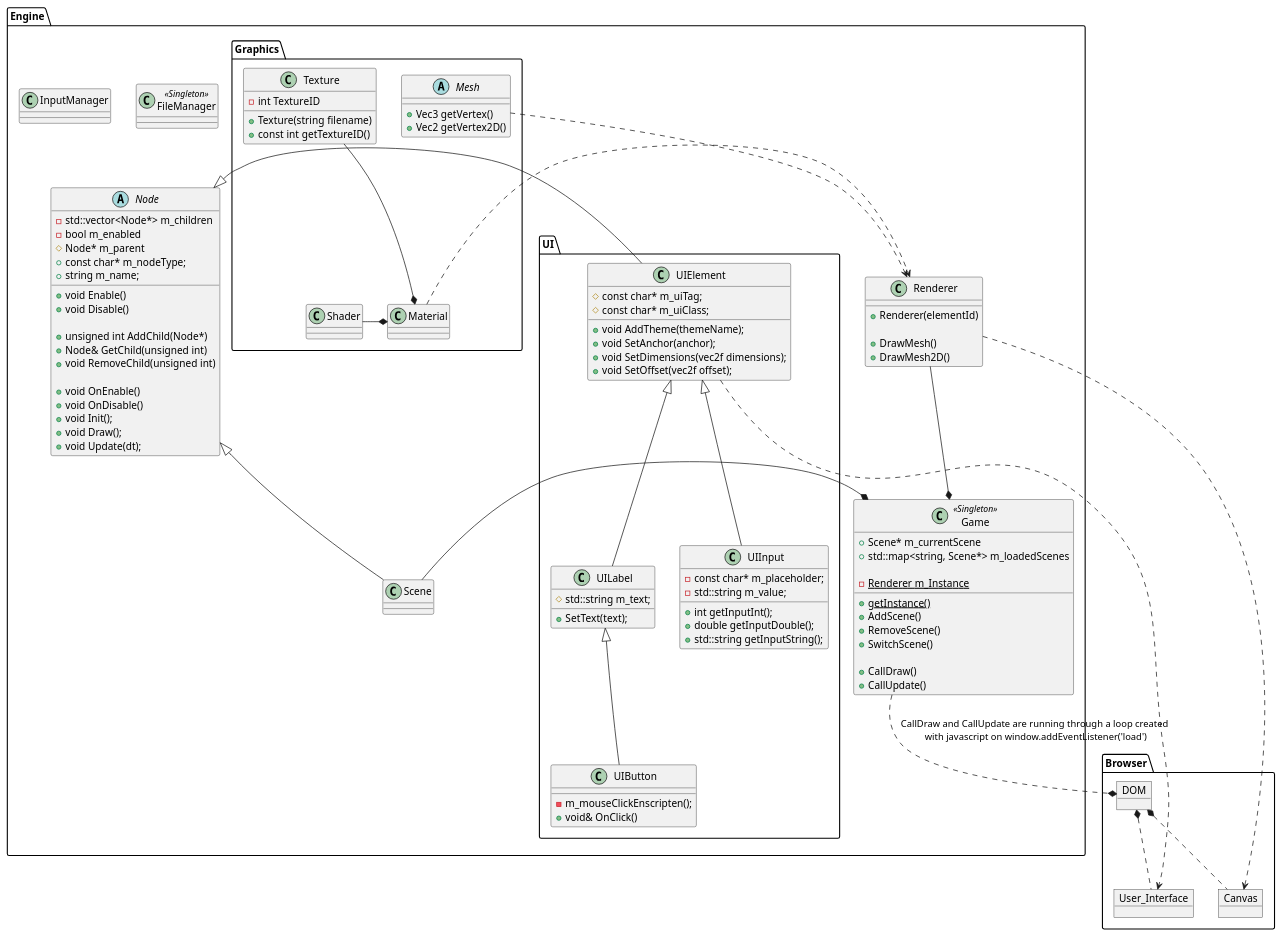
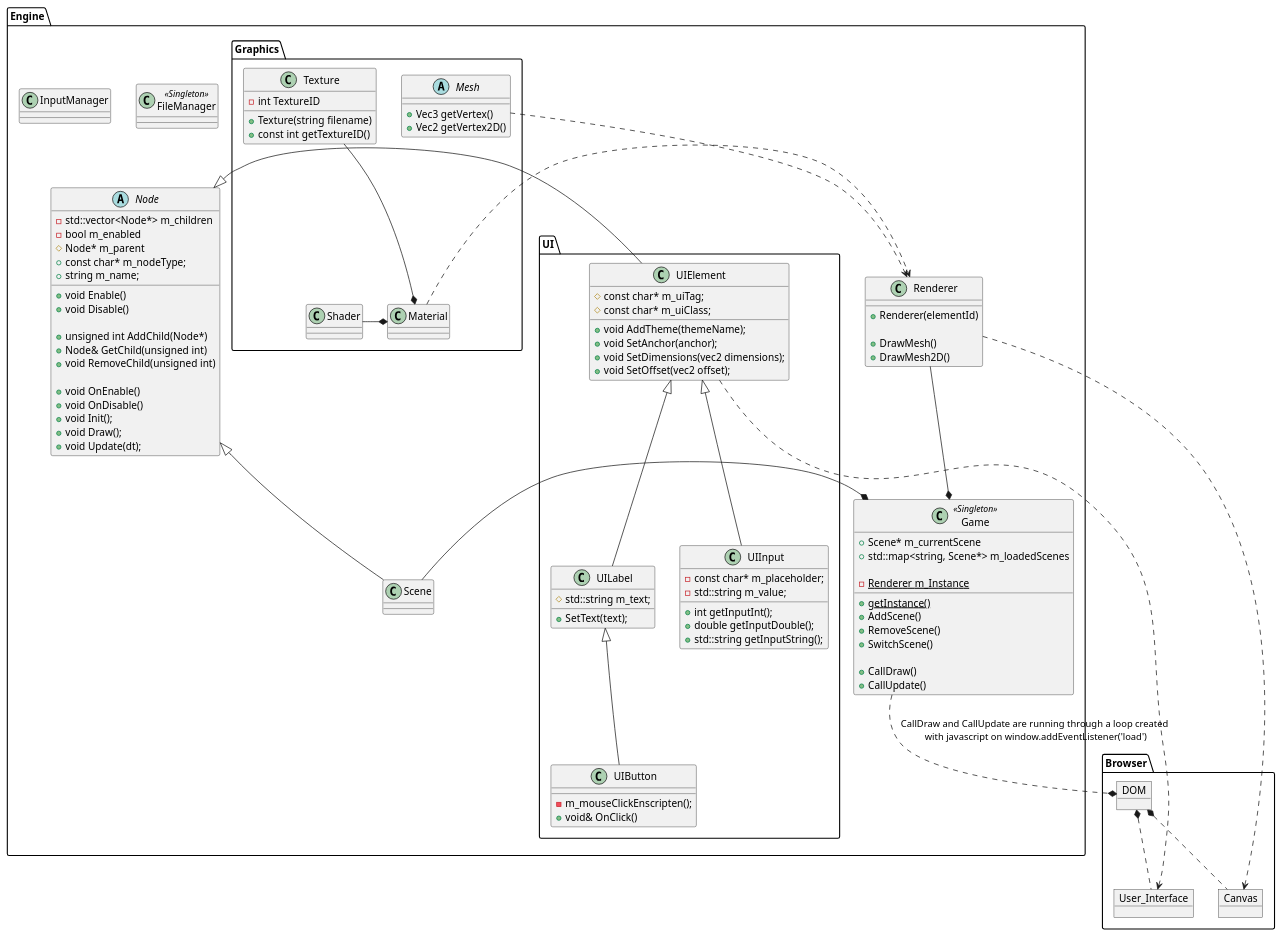
The diagram in docs/architecture.puml (MesaGuildeTeam/Carpenter-Engine), drawn with PlantUML before and after one commit. The commit also changed 27 other files, not shown here.

```diff
--- a/docs/architecture.puml
+++ b/docs/architecture.puml
@@ -1,144 +1,144 @@
 @startuml EngineArchitecture
 
 namespace Engine {
   class Renderer {
     + {method} Renderer(elementId)
     
     + {method} DrawMesh()
     + {method} DrawMesh2D()
   }
 
   class FileManager <<Singleton>> {
     
   }
 
   class Game <<Singleton>> {
     + Scene* m_currentScene
     + std::map<string, Scene*> m_loadedScenes
 
     - {static} Renderer m_Instance
     + {static} {method} getInstance()
 
     
     + {method} AddScene()
     + {method} RemoveScene()
     + {method} SwitchScene()
 
     + {method} CallDraw()
     + {method} CallUpdate()
   }
   
   abstract Node {
     - std::vector<Node*> m_children
     - bool m_enabled
     # Node* m_parent
     + const char* m_nodeType;
     + string m_name;
 
     + {method} void Enable()
     + {method} void Disable()
 
     + {method} unsigned int AddChild(Node*)
     + {method} Node& GetChild(unsigned int)
     + {method} void RemoveChild(unsigned int)
 
     + {method} void OnEnable()
     + {method} void OnDisable()
     + {method} void Init();
     + {method} void Draw();
     + {method} void Update(dt);
   }
 
   class Scene extends Node
 
   class InputManager {
 
   }
 
   Scene -* Game
   Renderer --* Game
 
   namespace UI {
     class UIElement {
       # const char* m_uiTag;
       # const char* m_uiClass;
 
       + {method} void AddTheme(themeName);
       + {method} void SetAnchor(anchor);
-      + {method} void SetDimensions(vec2f dimensions);
-      + {method} void SetOffset(vec2f offset);
+      + {method} void SetDimensions(vec2 dimensions);
+      + {method} void SetOffset(vec2 offset);
     }
 
     class UILabel extends UIElement {
       # std::string m_text;
 
       + {method} SetText(text);
     }
 
     class UIButton extends UILabel {
       - {method} m_mouseClickEnscripten();
       + void& OnClick()
     }
 
     class UIInput extends UIElement {
       - const char* m_placeholder;
       - std::string m_value;
 
       + {method} int getInputInt();
       + {method} double getInputDouble();
       + {method} std::string getInputString();
     }
   }
 
   UI.UIElement -|> Node
 
   namespace Graphics {
     abstract Mesh {
       + {method} Vec3 getVertex()
       + {method} Vec2 getVertex2D()
     }
 
     class Texture {
       - int TextureID
       + {method} Texture(string filename)
       + {method} const int getTextureID()
     }
 
     class Shader {
 
     }
 
     class Material {
 
     }
 
     Texture --* Material    
     Shader -* Material
   }
 
   Graphics.Material .> Renderer 
   Graphics.Mesh .> Renderer 
 }
 
 namespace Browser {
   Object Canvas {
 
   }
 
   Object User_Interface {
 
   }
 
   Object DOM {
 
   }
 
   DOM *.. User_Interface
   DOM *.. Canvas
 }
 
 Engine.Renderer .> Browser.Canvas
 Engine.Game ..* Browser.DOM : "CallDraw and CallUpdate are running through a loop created \nwith javascript on window.addEventListener('load')"
 Engine.UI.UIElement ..> Browser.User_Interface
 
 @enduml
```
